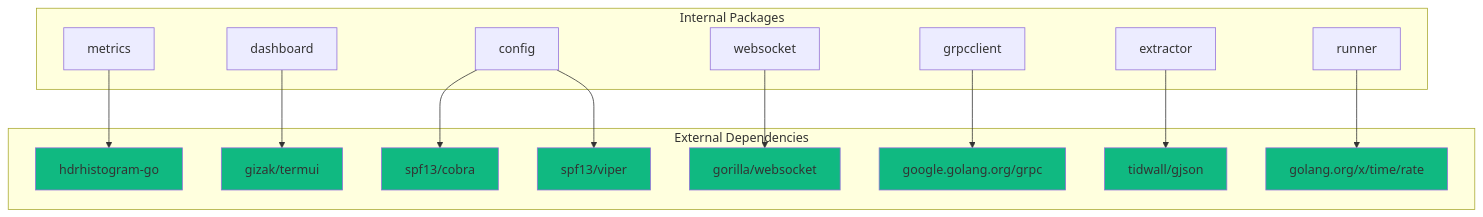
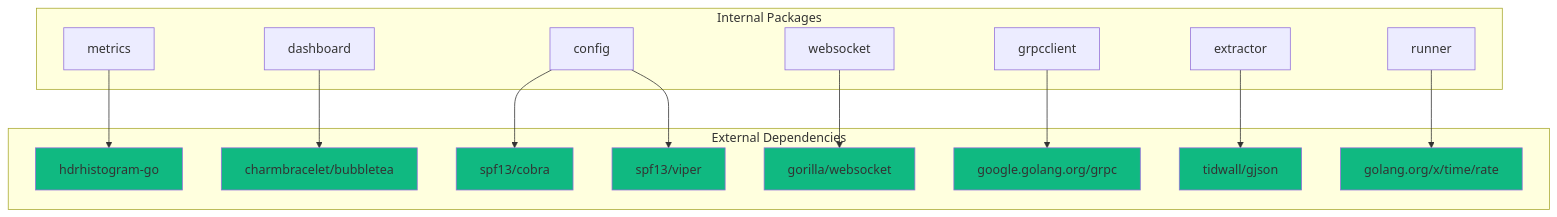
Before and after one commit to torosent/crankfire: the fifth of 5 diagrams in docs/architecture/02-architecture-overview.md, drawn with Mermaid. The commit also changed 22 other files, not shown here.

First line of the commit message:
Migrate live dashboard from termui to Bubble Tea (#39)

````diff
--- a/docs/architecture/02-architecture-overview.md
+++ b/docs/architecture/02-architecture-overview.md
@@ -407,33 +407,33 @@
 ```mermaid
 graph TD
     subgraph "External Dependencies"
         hdr[hdrhistogram-go]
-        termui[gizak/termui]
+        bubbletea[charmbracelet/bubbletea]
         cobra[spf13/cobra]
         viper[spf13/viper]
         gorilla[gorilla/websocket]
         grpc[google.golang.org/grpc]
         gjson[tidwall/gjson]
         rate[golang.org/x/time/rate]
     end
     
     subgraph "Internal Packages"
         runner --> rate
         metrics --> hdr
-        dashboard --> termui
+        dashboard --> bubbletea
         config --> cobra
         config --> viper
         websocket --> gorilla
         grpcclient --> grpc
         extractor --> gjson
     end
     
     style hdr fill:#10b981
-    style termui fill:#10b981
+    style bubbletea fill:#10b981
     style cobra fill:#10b981
     style viper fill:#10b981
     style gorilla fill:#10b981
     style grpc fill:#10b981
     style gjson fill:#10b981
     style rate fill:#10b981
 ```
````
